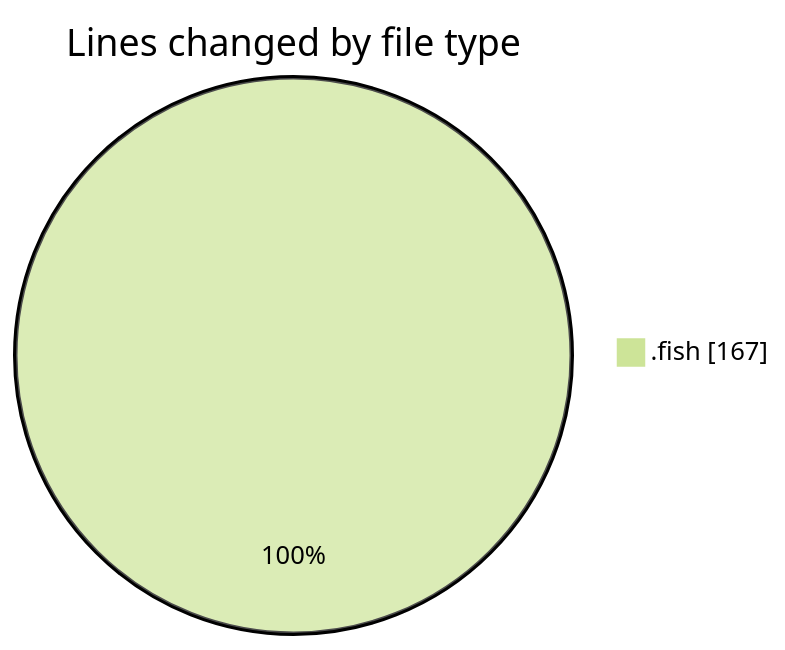
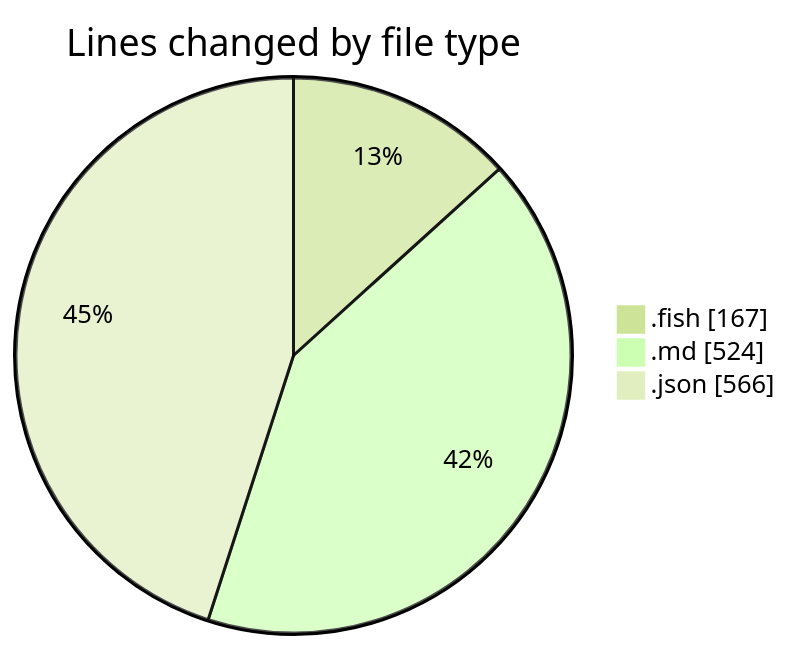
The first of 2 diagrams in 2025-07-10/fish/README.md (EIIisD/code-tracking), drawn with Mermaid (forest theme) before and after one commit. The commit also changed other lines of this file and 1 other file, not shown here.

````diff
--- a/2025-07-10/fish/README.md
+++ b/2025-07-10/fish/README.md
@@ -20,5 +22,7 @@
 ```mermaid
 pie showData
 title Lines changed by file type
 ".fish" : 167
+".md" : 524
+".json" : 566
 ```
````
